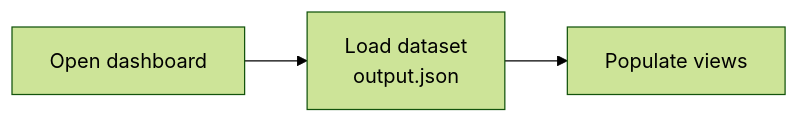
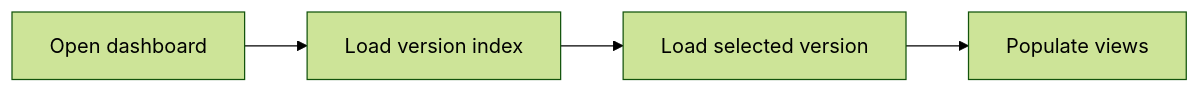
One commit to lemonade-sdk/rocm-readiness changed the second of 2 diagrams in docs/data-flow.md. Above: the diagram before and after it, drawn with Mermaid (forest theme). The commit also changed other lines of this file, not shown here.

Commit message:
Document planned version-specific browser loading

````diff
--- a/docs/data-flow.md
+++ b/docs/data-flow.md
@@ -36,5 +37,6 @@
 ```mermaid
 flowchart LR
-    Open["Open dashboard"] --> Load["Load dataset<br/>output.json"]
+    Open["Open dashboard"] --> Index["Load version index"]
+    Index --> Load["Load selected version"]
     Load --> Display["Populate views"]
 ```
````
